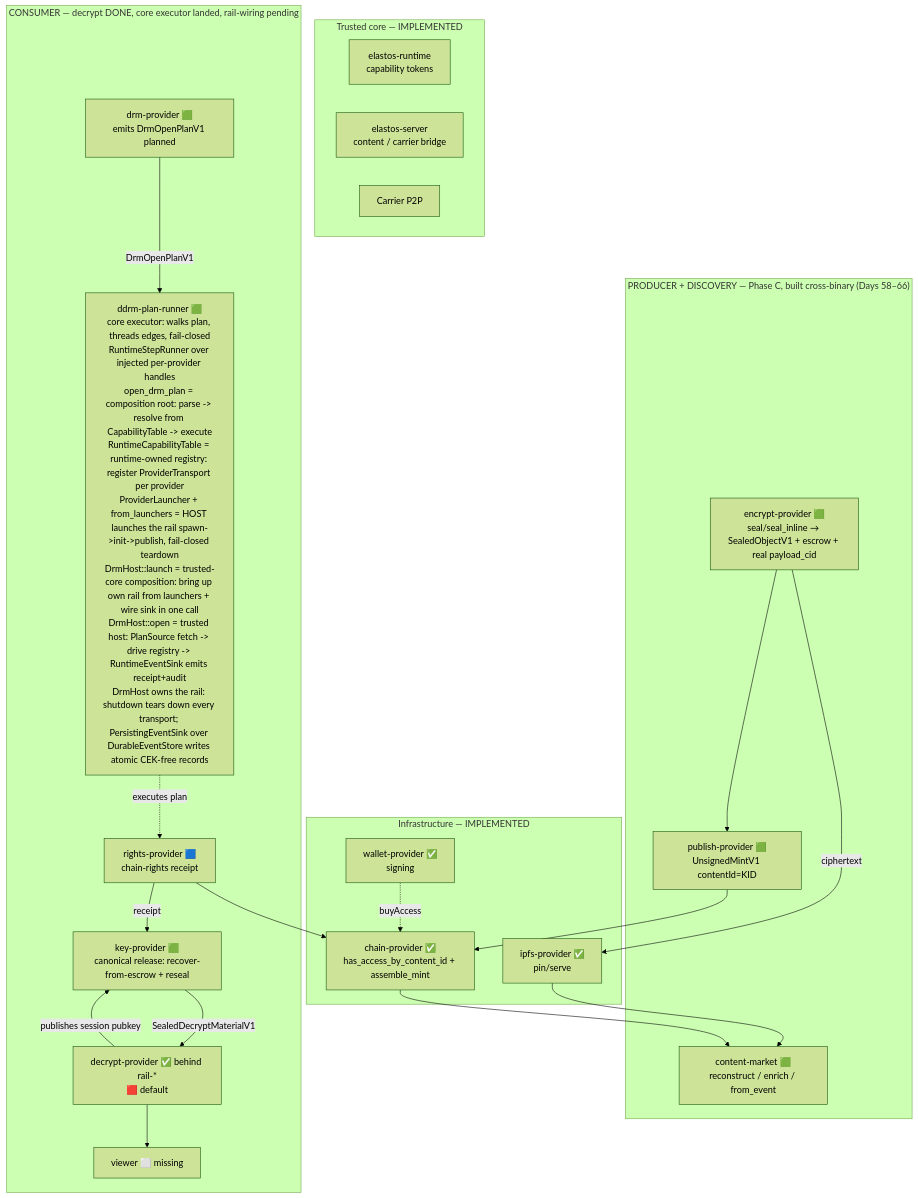
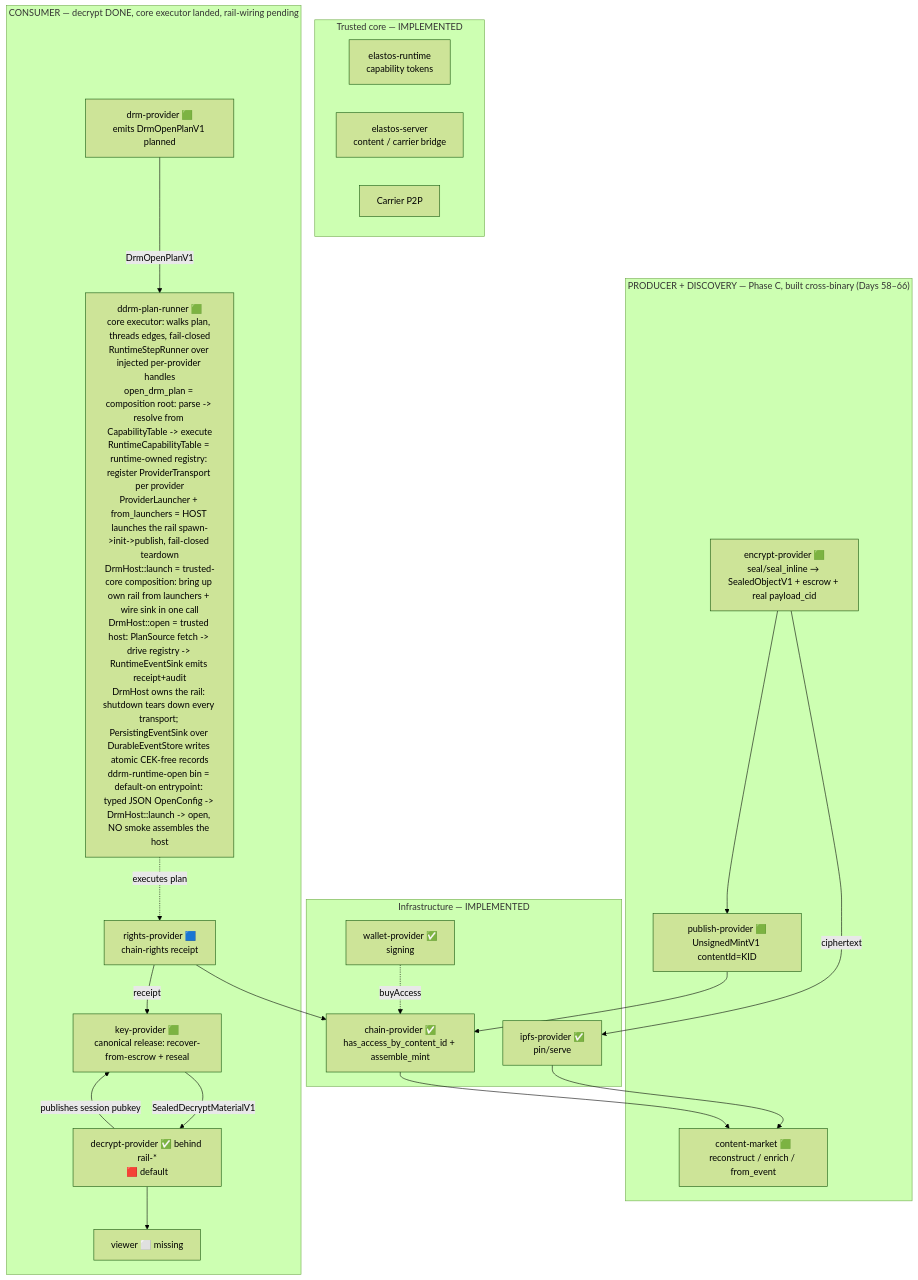
One commit to Elacity/elastos-runtime changed the first of 2 diagrams in docs/convergence/SYSTEM_ARCHITECTURE_MAP.md. Above: the diagram before and after it, drawn with Mermaid (forest theme). The commit also changed other lines of this file and 10 other files, not shown here.

````diff
--- a/docs/convergence/SYSTEM_ARCHITECTURE_MAP.md
+++ b/docs/convergence/SYSTEM_ARCHITECTURE_MAP.md
@@ -122,34 +122,34 @@
 ```mermaid
 flowchart TB
   subgraph core["Trusted core — IMPLEMENTED"]
     RT[elastos-runtime<br/>capability tokens]
     SRV[elastos-server<br/>content / carrier bridge]
     CAR[Carrier P2P]
   end
   subgraph infra["Infrastructure — IMPLEMENTED"]
     IPFS[ipfs-provider ✅<br/>pin/serve]
     CHN[chain-provider ✅<br/>has_access_by_content_id + assemble_mint]
     WLT[wallet-provider ✅<br/>signing]
   end
   subgraph prod["PRODUCER + DISCOVERY — Phase C, built cross-binary (Days 58–66)"]
     ENC[encrypt-provider 🟩<br/>seal/seal_inline → SealedObjectV1 + escrow + real payload_cid]
     PUBP[publish-provider 🟩<br/>UnsignedMintV1 contentId=KID]
     MKT[content-market 🟩<br/>reconstruct / enrich / from_event]
   end
   subgraph cons["CONSUMER — decrypt DONE, core executor landed, rail-wiring pending"]
     DRM[drm-provider 🟩<br/>emits DrmOpenPlanV1 planned]
-    CORE[ddrm-plan-runner 🟩<br/>core executor: walks plan, threads edges, fail-closed<br/>RuntimeStepRunner over injected per-provider handles<br/>open_drm_plan = composition root: parse -> resolve from CapabilityTable -> execute<br/>RuntimeCapabilityTable = runtime-owned registry: register ProviderTransport per provider<br/>ProviderLauncher + from_launchers = HOST launches the rail spawn->init->publish, fail-closed teardown<br/>DrmHost::launch = trusted-core composition: bring up own rail from launchers + wire sink in one call<br/>DrmHost::open = trusted host: PlanSource fetch -> drive registry -> RuntimeEventSink emits receipt+audit<br/>DrmHost owns the rail: shutdown tears down every transport; PersistingEventSink over DurableEventStore writes atomic CEK-free records]
+    CORE[ddrm-plan-runner 🟩<br/>core executor: walks plan, threads edges, fail-closed<br/>RuntimeStepRunner over injected per-provider handles<br/>open_drm_plan = composition root: parse -> resolve from CapabilityTable -> execute<br/>RuntimeCapabilityTable = runtime-owned registry: register ProviderTransport per provider<br/>ProviderLauncher + from_launchers = HOST launches the rail spawn->init->publish, fail-closed teardown<br/>DrmHost::launch = trusted-core composition: bring up own rail from launchers + wire sink in one call<br/>DrmHost::open = trusted host: PlanSource fetch -> drive registry -> RuntimeEventSink emits receipt+audit<br/>DrmHost owns the rail: shutdown tears down every transport; PersistingEventSink over DurableEventStore writes atomic CEK-free records<br/>ddrm-runtime-open bin = default-on entrypoint: typed JSON OpenConfig -> DrmHost::launch -> open, NO smoke assembles the host]
     RTS[rights-provider 🟦<br/>chain-rights receipt]
     KEY[key-provider 🟩<br/>canonical release: recover-from-escrow + reseal]
     DEC[decrypt-provider ✅ behind rail-*<br/>🟥 default]
     VIEW[viewer ⬜ missing]
   end
   ENC --> PUBP --> CHN
   ENC -->|ciphertext| IPFS --> MKT
   CHN --> MKT
   WLT -. buyAccess .-> CHN
   DRM -->|DrmOpenPlanV1| CORE
   CORE -. executes plan .-> RTS --> CHN
   RTS -->|receipt| KEY -->|SealedDecryptMaterialV1| DEC --> VIEW
   DEC -->|publishes session pubkey| KEY
 ```
````
